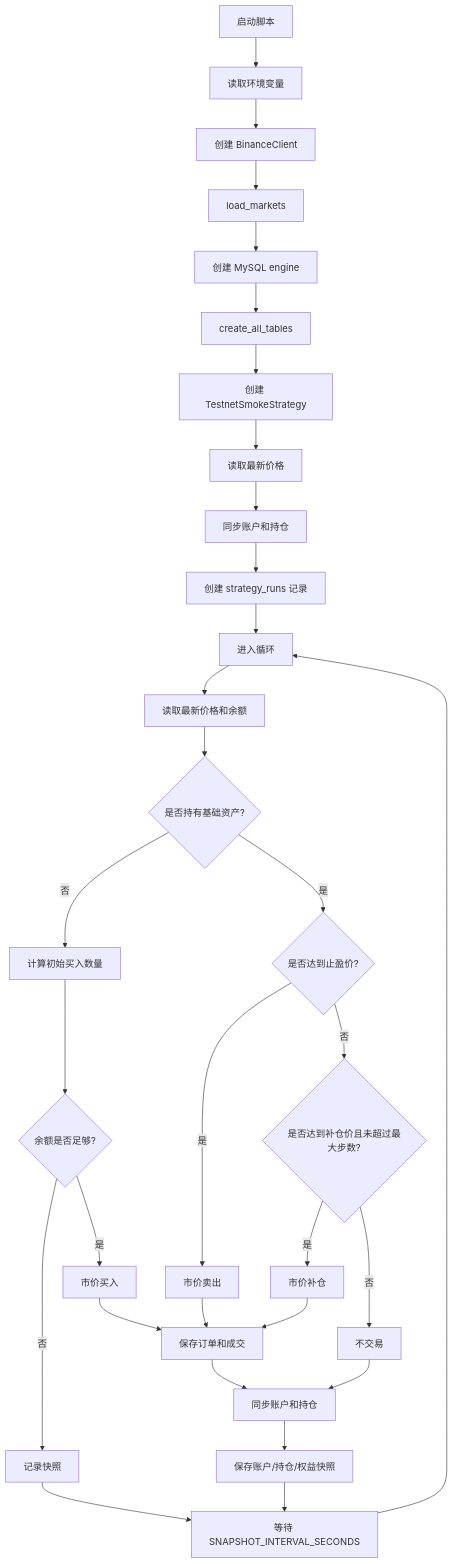
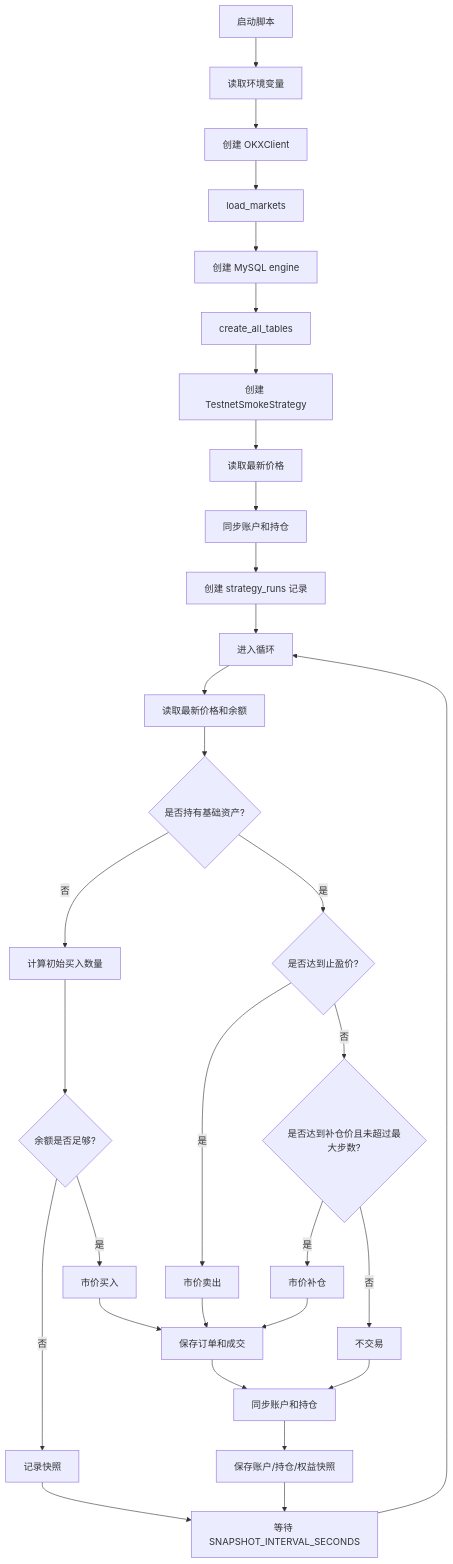
Before and after one commit to jianglang740/crypto_quant_framework: the diagram in real/run_testnet_smoke_strategy说明文档.md, drawn with Mermaid. The commit also changed other lines of this file and 52 other files, not shown here.

````diff
--- a/real/run_testnet_smoke_strategy说明文档.md
+++ b/real/run_testnet_smoke_strategy说明文档.md
@@ -165,33 +165,33 @@
 ```mermaid
 flowchart TD
     A[启动脚本] --> B[读取环境变量]
-    B --> C[创建 BinanceClient]
+    B --> C[创建 OKXClient]
     C --> D[load_markets]
     D --> E[创建 MySQL engine]
     E --> F[create_all_tables]
     F --> G[创建 TestnetSmokeStrategy]
     G --> H[读取最新价格]
     H --> I[同步账户和持仓]
     I --> J[创建 strategy_runs 记录]
     J --> K[进入循环]
     K --> L[读取最新价格和余额]
     L --> M{是否持有基础资产?}
     M -- 否 --> N[计算初始买入数量]
     N --> O{余额是否足够?}
     O -- 否 --> P[记录快照]
     O -- 是 --> Q[市价买入]
     M -- 是 --> R{是否达到止盈价?}
     R -- 是 --> S[市价卖出]
     R -- 否 --> T{是否达到补仓价且未超过最大步数?}
     T -- 是 --> U[市价补仓]
     T -- 否 --> V[不交易]
     Q --> W[保存订单和成交]
     S --> W
     U --> W
     V --> X[同步账户和持仓]
     W --> X
     X --> Y[保存账户/持仓/权益快照]
     Y --> Z[等待 SNAPSHOT_INTERVAL_SECONDS]
     Z --> K
     P --> Z
 ```
````
